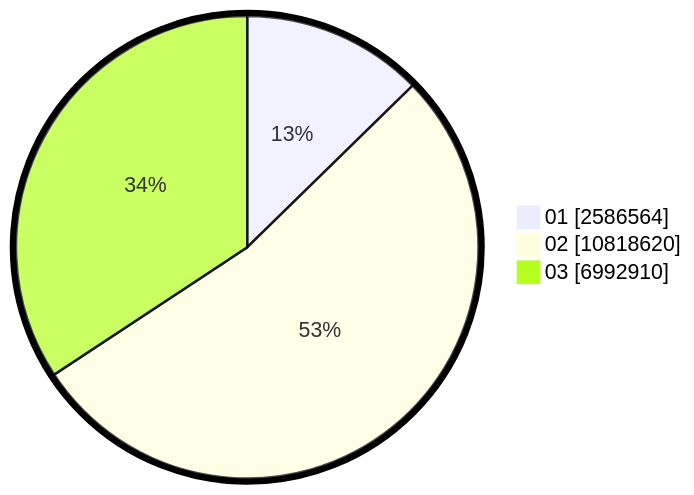
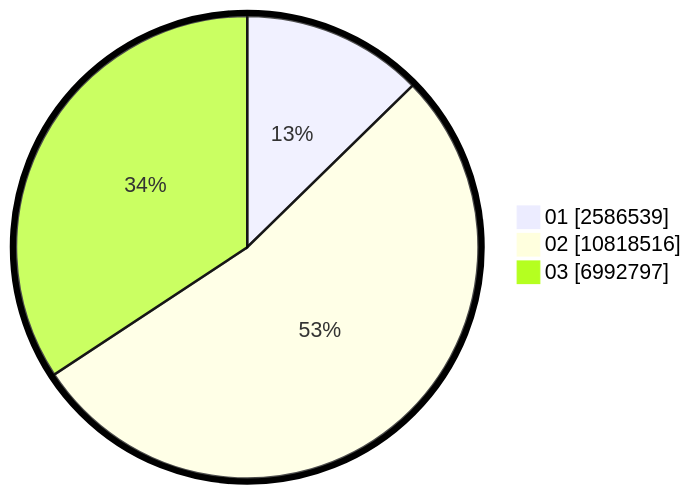
One commit to gigit-pemilu/pemilu-2024 changed the second of 2 diagrams in pilpres/hitung-suara/sub/table-wilayah-33.md. Above: the diagram before and after it, drawn with Mermaid. The commit also changed other lines of this file and 8 other files, not shown here.

````diff
--- a/pilpres/hitung-suara/sub/table-wilayah-33.md
+++ b/pilpres/hitung-suara/sub/table-wilayah-33.md
@@ -15,7 +15,7 @@
 ```mermaid
 %%{init: {"pie": {"textPosition": 0.5}, "themeVariables": {"pieOuterStrokeWidth": "5px"}} }%%
 pie showData
-    "01" : 2586564
-    "02" : 10818620
-    "03" : 6992910
+    "01" : 2586539
+    "02" : 10818516
+    "03" : 6992797
 ```
````
